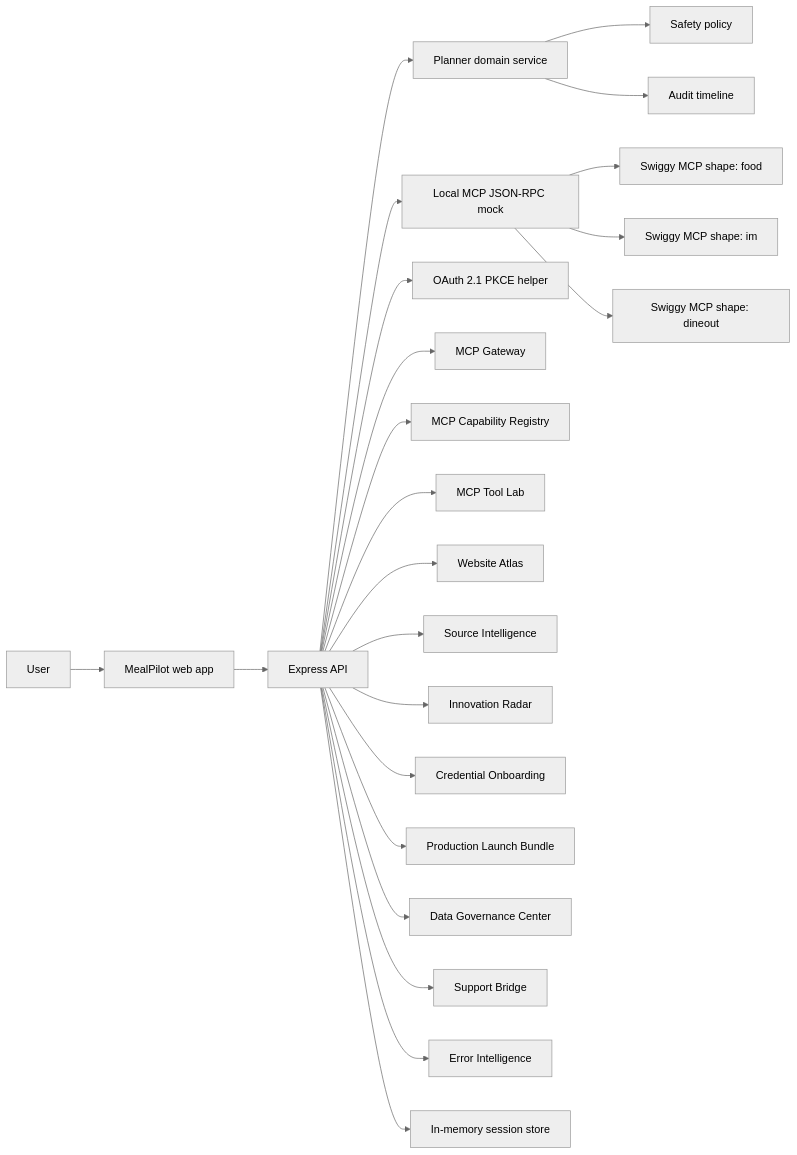
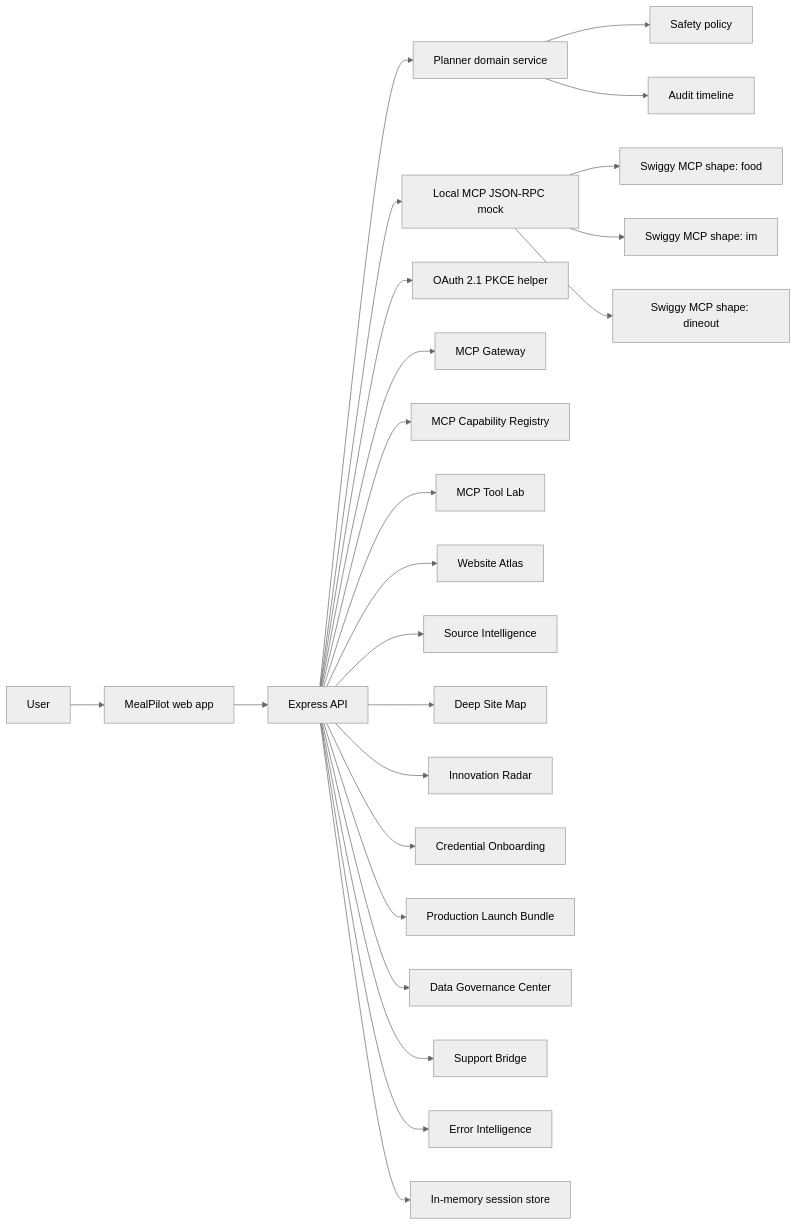
Before and after one commit to Farhankhan0128/MealPilot: the diagram in docs/architecture.md, drawn with Mermaid (neutral theme). The commit also changed other lines of this file and 15 other files, not shown here.

Commit message:
Promote Swiggy deep site map evidence

````diff
--- a/docs/architecture.md
+++ b/docs/architecture.md
@@ -7,25 +7,26 @@
 ```mermaid
 flowchart LR
   U["User"] --> UI["MealPilot web app"]
   UI --> API["Express API"]
   API --> Planner["Planner domain service"]
   Planner --> Safety["Safety policy"]
   API --> Mock["Local MCP JSON-RPC mock"]
   API --> Auth["OAuth 2.1 PKCE helper"]
   API --> Gateway["MCP Gateway"]
   API --> Registry["MCP Capability Registry"]
   API --> ToolLab["MCP Tool Lab"]
   API --> Atlas["Website Atlas"]
   API --> SourceIntel["Source Intelligence"]
+  API --> DeepMap["Deep Site Map"]
   API --> Innovation["Innovation Radar"]
   API --> Credential["Credential Onboarding"]
   API --> Launch["Production Launch Bundle"]
   API --> DataGov["Data Governance Center"]
   API --> Support["Support Bridge"]
   API --> Errors["Error Intelligence"]
   Mock --> Food["Swiggy MCP shape: food"]
   Mock --> IM["Swiggy MCP shape: im"]
   Mock --> Dineout["Swiggy MCP shape: dineout"]
   API --> Store["In-memory session store"]
   Planner --> Obs["Audit timeline"]
 ```
````
